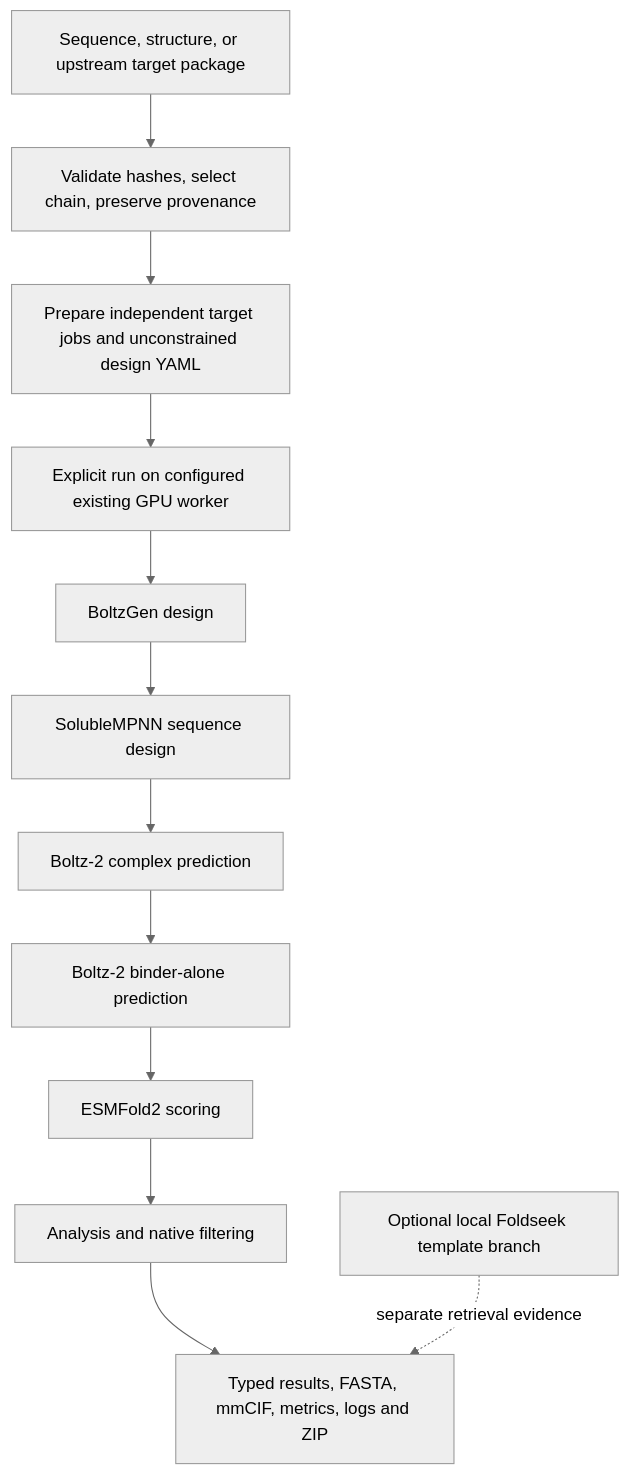
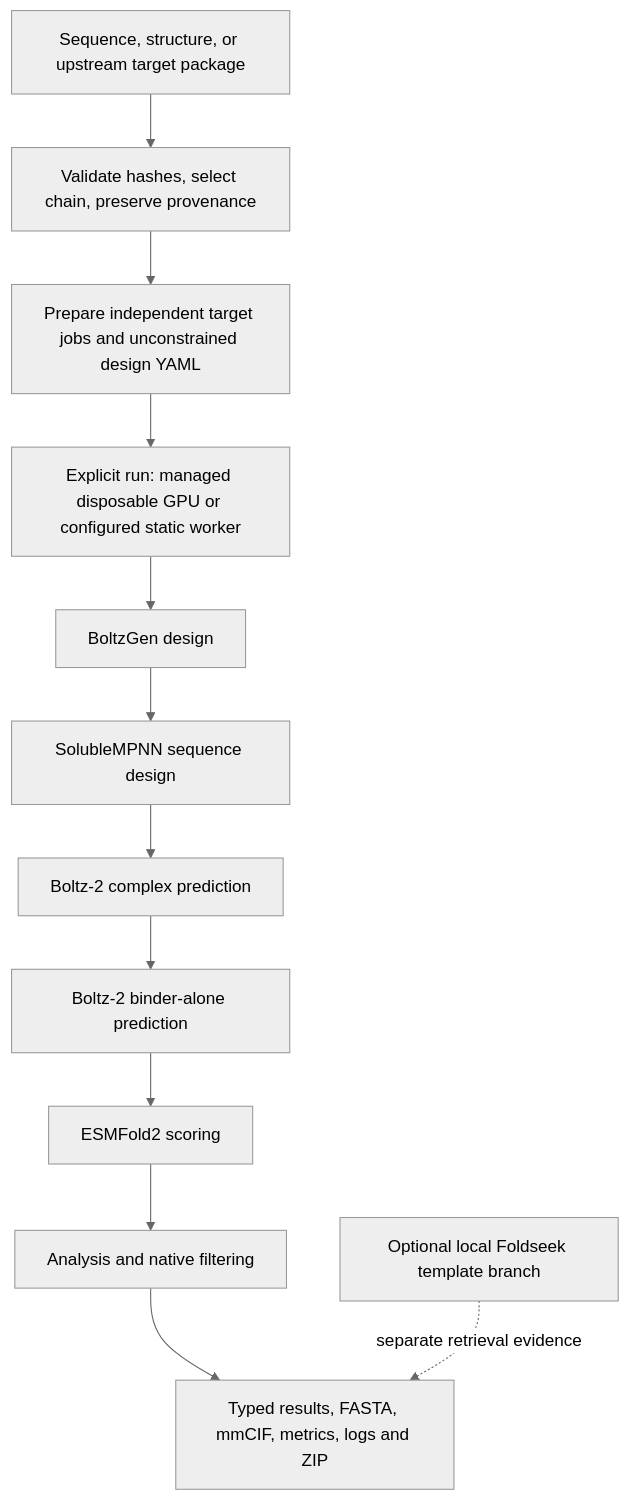
One commit to bmwoolf/bespoke-bio changed the diagram in docs/INTEGRATION.md. Above: the diagram before and after it, drawn with Mermaid (neutral theme). The commit also changed other lines of this file and 19 other files, not shown here.

Commit message:
Deploy authenticated shared service with budgeted disposable GPU jobs

````diff
--- a/docs/INTEGRATION.md
+++ b/docs/INTEGRATION.md
@@ -8,14 +8,14 @@
 ```mermaid
 flowchart TD
   U[Sequence, structure, or upstream target package] --> V[Validate hashes, select chain, preserve provenance]
   V --> J[Prepare independent target jobs and unconstrained design YAML]
-  J --> R[Explicit run on configured existing GPU worker]
+  J --> R[Explicit run: managed disposable GPU or configured static worker]
   R --> D[BoltzGen design]
   D --> M[SolubleMPNN sequence design]
   M --> C[Boltz-2 complex prediction]
   C --> B[Boltz-2 binder-alone prediction]
   B --> E[ESMFold2 scoring]
   E --> A[Analysis and native filtering]
   A --> X[Typed results, FASTA, mmCIF, metrics, logs and ZIP]
   F[Optional local Foldseek template branch] -. separate retrieval evidence .-> X
 ```
````
